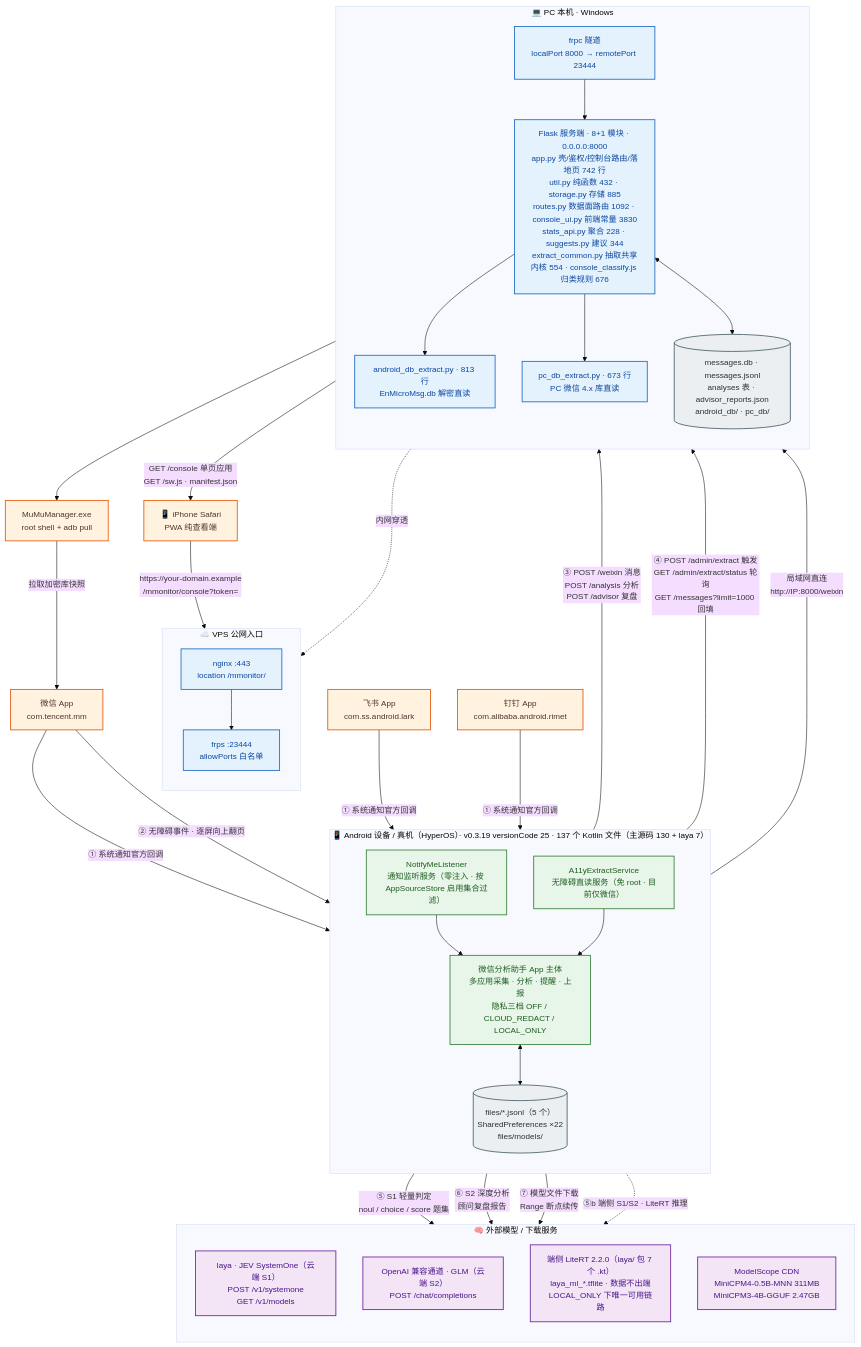
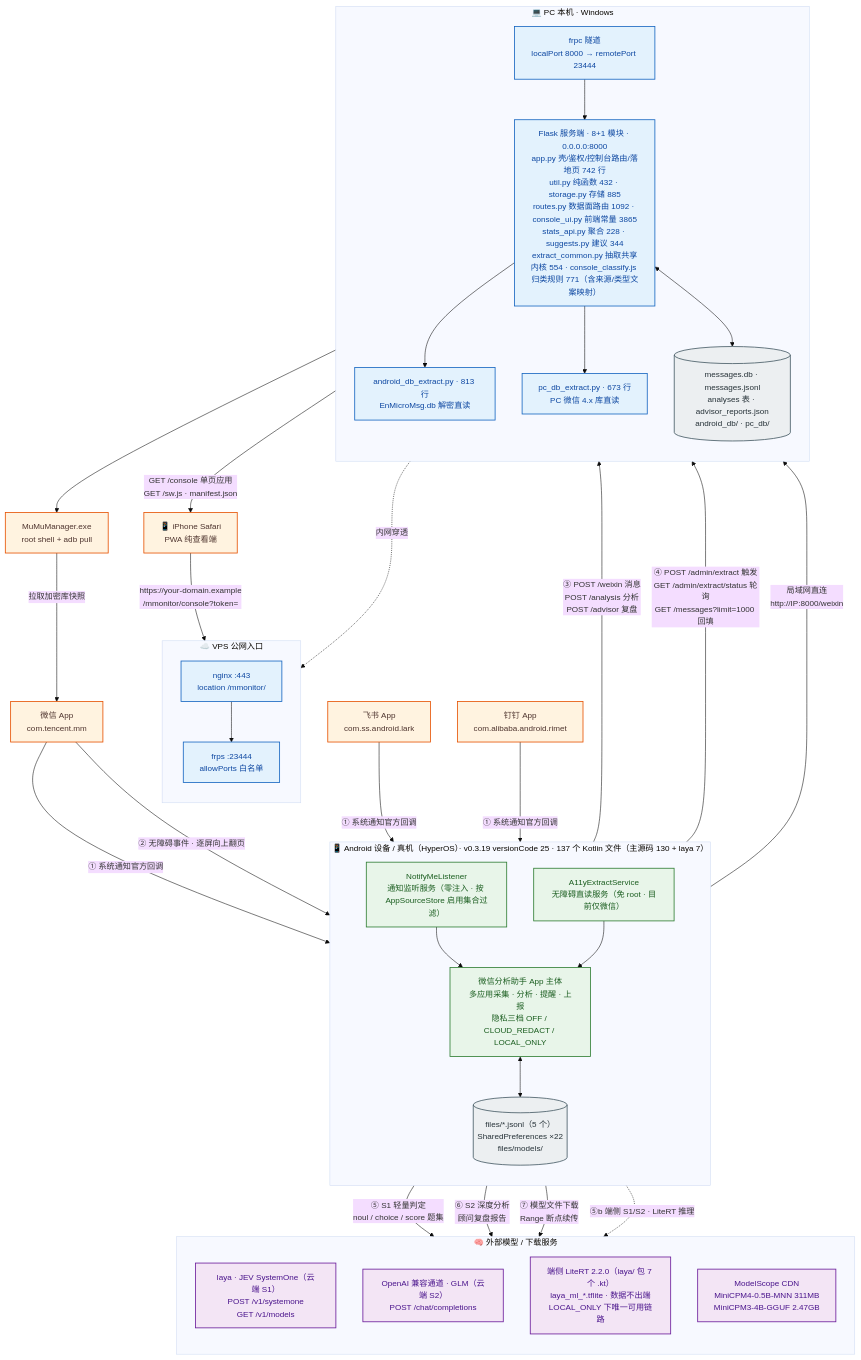
Before and after one commit to solidjoker/notifyme: the diagram in docs/architecture/diagrams/01-system-context.mmd, drawn with Mermaid. The commit also changed 14 other files, not shown here.

```diff
--- a/docs/architecture/diagrams/01-system-context.mmd
+++ b/docs/architecture/diagrams/01-system-context.mmd
@@ -1,70 +1,70 @@
 %%{init: {'theme':'base','themeVariables':{'fontSize':'15px','fontFamily':'Microsoft YaHei, PingFang SC, sans-serif'},'flowchart':{'htmlLabels':true,'curve':'basis'}}}%%
 flowchart TB
     classDef ext  fill:#fff3e0,stroke:#e65100,stroke-width:1.5px,color:#4e342e
     classDef app  fill:#e8f5e9,stroke:#2e7d32,stroke-width:1.5px,color:#1b5e20
     classDef srv  fill:#e3f2fd,stroke:#1565c0,stroke-width:1.5px,color:#0d47a1
     classDef llm  fill:#f3e5f5,stroke:#6a1b9a,stroke-width:1.5px,color:#4a148c
     classDef store fill:#eceff1,stroke:#455a64,stroke-width:1.5px,color:#263238
 
     WX["微信 App<br/>com.tencent.mm"]:::ext
     FS["飞书 App<br/>com.ss.android.lark"]:::ext
     DT["钉钉 App<br/>com.alibaba.android.rimet"]:::ext
 
     subgraph DEV["📱 Android 设备 / 真机（HyperOS）· v0.3.19 versionCode 25 · 137 个 Kotlin 文件（主源码 130 + laya 7）"]
         direction TB
         NL["NotifyMeListener<br/>通知监听服务（零注入 · 按 AppSourceStore 启用集合过滤）"]:::app
         A11Y["A11yExtractService<br/>无障碍直读服务（免 root · 目前仅微信）"]:::app
         CORE["微信分析助手 App 主体<br/>多应用采集 · 分析 · 提醒 · 上报<br/>隐私三档 OFF / CLOUD_REDACT / LOCAL_ONLY"]:::app
         STORE[("files/*.jsonl（5 个）<br/>SharedPreferences ×22<br/>files/models/")]:::store
         NL --> CORE
         A11Y --> CORE
         CORE <--> STORE
     end
 
     subgraph HOST["💻 PC 本机 · Windows"]
         direction TB
-        FLASK["Flask 服务端 · 8+1 模块 · 0.0.0.0:8000<br/>app.py 壳/鉴权/控制台路由/落地页 742 行<br/>util.py 纯函数 432 · storage.py 存储 885<br/>routes.py 数据面路由 1092 · console_ui.py 前端常量 3830<br/>stats_api.py 聚合 228 · suggests.py 建议 344<br/>extract_common.py 抽取共享内核 554 · console_classify.js 归类规则 676"]:::srv
+        FLASK["Flask 服务端 · 8+1 模块 · 0.0.0.0:8000<br/>app.py 壳/鉴权/控制台路由/落地页 742 行<br/>util.py 纯函数 432 · storage.py 存储 885<br/>routes.py 数据面路由 1092 · console_ui.py 前端常量 3865<br/>stats_api.py 聚合 228 · suggests.py 建议 344<br/>extract_common.py 抽取共享内核 554 · console_classify.js 归类规则 771（含来源/类型文案映射）"]:::srv
         ADBEX["android_db_extract.py · 813 行<br/>EnMicroMsg.db 解密直读"]:::srv
         PCEX["pc_db_extract.py · 673 行<br/>PC 微信 4.x 库直读"]:::srv
         DB[("messages.db · messages.jsonl<br/>analyses 表 · advisor_reports.json<br/>android_db/ · pc_db/")]:::store
         FRPC["frpc 隧道<br/>localPort 8000 → remotePort 23444"]:::srv
         FLASK --> ADBEX
         FLASK --> PCEX
         FLASK <--> DB
         FRPC --> FLASK
     end
 
     subgraph VPS["☁️ VPS 公网入口"]
         direction TB
         NGINX["nginx :443<br/>location /mmonitor/"]:::srv
         FRPS["frps :23444<br/>allowPorts 白名单"]:::srv
         NGINX --> FRPS
     end
 
     subgraph AI["🧠 外部模型 / 下载服务"]
         direction TB
         LAYA["laya · JEV SystemOne（云端 S1）<br/>POST /v1/systemone<br/>GET /v1/models"]:::llm
         GLM["OpenAI 兼容通道 · GLM（云端 S2）<br/>POST /chat/completions"]:::llm
         LITE["端侧 LiteRT 2.2.0（laya/ 包 7 个 .kt）<br/>laya_ml_*.tflite · 数据不出端<br/>LOCAL_ONLY 下唯一可用链路"]:::llm
         MS["ModelScope CDN<br/>MiniCPM4-0.5B-MNN 311MB<br/>MiniCPM3-4B-GGUF 2.47GB"]:::llm
     end
 
     MUMU["MuMuManager.exe<br/>root shell + adb pull"]:::ext
     IPHONE["📱 iPhone Safari<br/>PWA 纯查看端"]:::ext
 
     WX -->|"① 系统通知官方回调"| NL
     FS -->|"① 系统通知官方回调"| NL
     DT -->|"① 系统通知官方回调"| NL
     WX -->|"② 无障碍事件 · 逐屏向上翻页"| A11Y
     CORE -->|"③ POST /weixin 消息<br/>POST /analysis 分析<br/>POST /advisor 复盘"| FLASK
     CORE -->|"④ POST /admin/extract 触发<br/>GET /admin/extract/status 轮询<br/>GET /messages?limit=1000 回填"| FLASK
     CORE -->|"⑤ S1 轻量判定<br/>noul / choice / score 题集"| LAYA
     CORE -->|"⑥ S2 深度分析<br/>顾问复盘报告"| GLM
     CORE -->|"⑦ 模型文件下载<br/>Range 断点续传"| MS
     CORE -.->|"⑤b 端侧 S1/S2 · LiteRT 推理"| LITE
     ADBEX --> MUMU
     MUMU -->|"拉取加密库快照"| WX
     CORE -->|"局域网直连<br/>http://IP:8000/weixin"| FLASK
     FRPC -.->|"内网穿透"| FRPS
     IPHONE -->|"https://your-domain.example<br/>/mmonitor/console?token="| NGINX
     FLASK -->|"GET /console 单页应用<br/>GET /sw.js · manifest.json"| IPHONE
```
